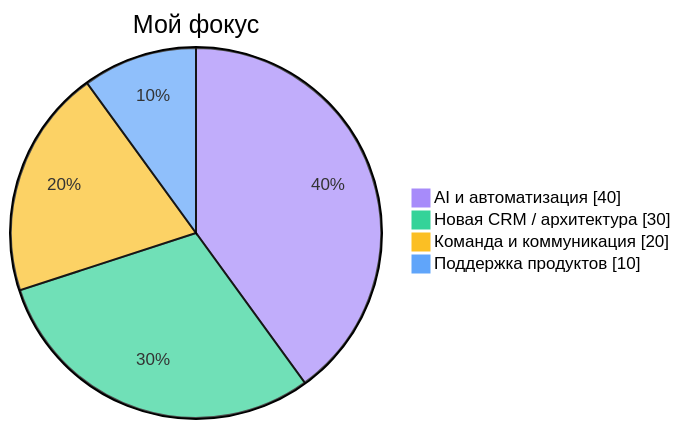
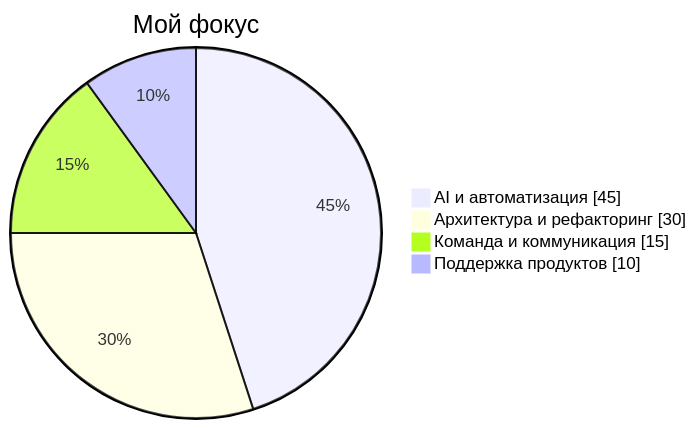
Before and after one commit to liperri/performance-review: the third of 4 diagrams in README.md, drawn with Mermaid. The commit also changed other lines of this file, not shown here.

````diff
--- a/README.md
+++ b/README.md
@@ -194,9 +70,8 @@
 ```mermaid
-%%{init: {'themeVariables': { 'pie1':'#a78bfa', 'pie2':'#34d399', 'pie3':'#fbbf24', 'pie4':'#60a5fa'}}}%%
 pie showData
     title Мой фокус
-    "AI и автоматизация" : 40
-    "Новая CRM / архитектура" : 30
-    "Команда и коммуникация" : 20
+    "AI и автоматизация" : 45
+    "Архитектура и рефакторинг" : 30
+    "Команда и коммуникация" : 15
     "Поддержка продуктов" : 10
 ```
````
